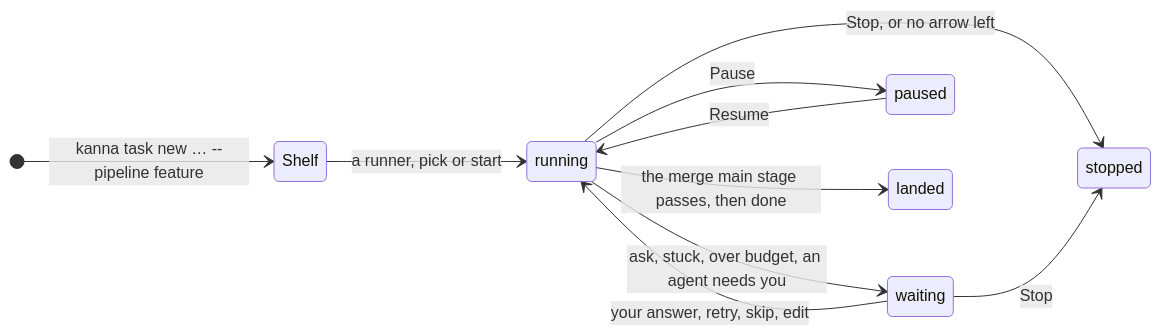
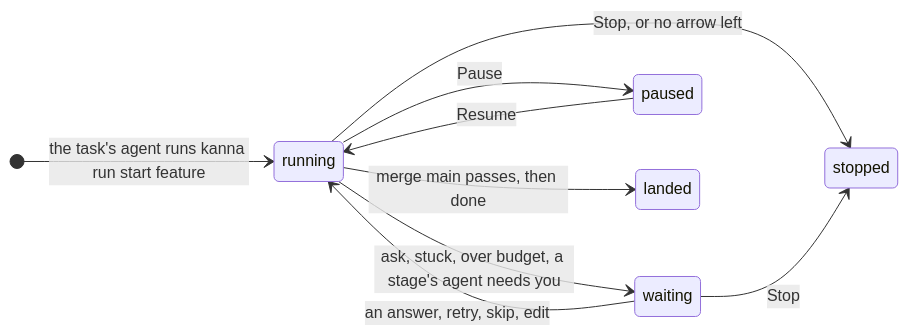
The first of 4 diagrams in docs/specs/software-factory.md (tampopogk/kanna), drawn with Mermaid before and after one commit. The commit also changed other lines of this file and 8 other files, not shown here.

````diff
--- a/docs/specs/software-factory.md
+++ b/docs/specs/software-factory.md
@@ -24,13 +24,12 @@
 ```mermaid
 stateDiagram-v2
     direction LR
-    [*] --> Shelf: kanna task new … --pipeline feature
-    Shelf --> running: a runner, pick or start
-    running --> waiting: ask, stuck, over budget, an agent needs you
-    waiting --> running: your answer, retry, skip, edit
+    [*] --> running: the task's agent runs kanna run start feature
+    running --> waiting: ask, stuck, over budget, a stage's agent needs you
+    waiting --> running: an answer, retry, skip, edit
     running --> paused: Pause
     paused --> running: Resume
-    running --> landed: the merge main stage passes, then done
+    running --> landed: merge main passes, then done
     running --> stopped: Stop, or no arrow left
     waiting --> stopped: Stop
 ```
````
